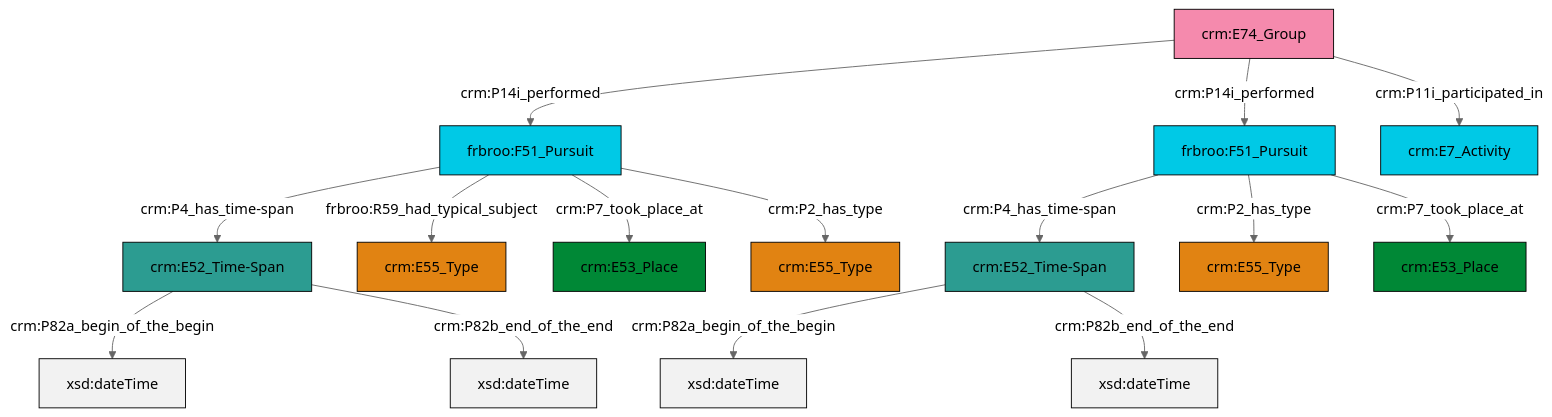
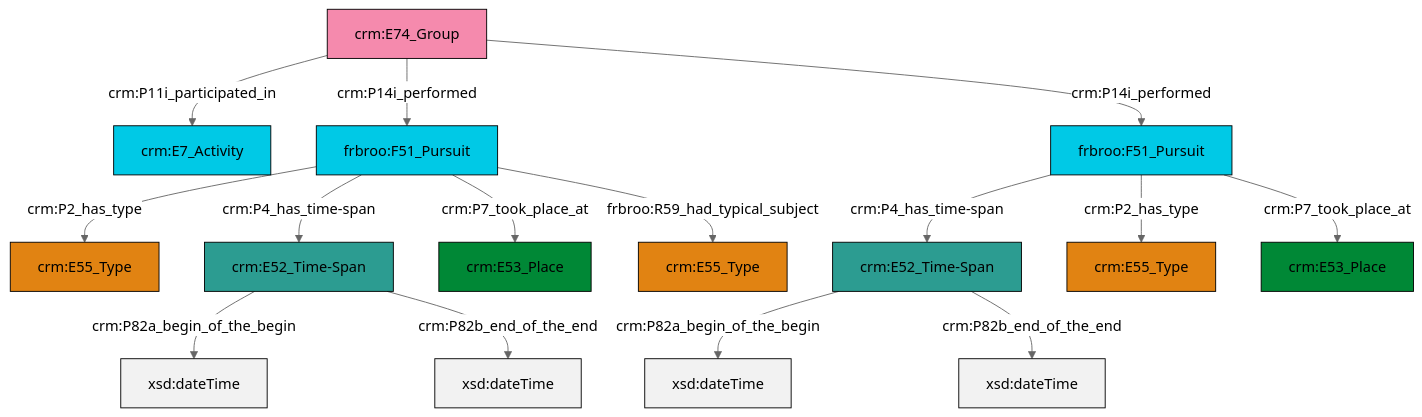
The diagram in et/groupCSV/ttl/mmd/group_events.ttl.mmd (swiss-art-research-net/docs.swissartresearch), drawn with Mermaid (neutral theme) before and after one commit. The commit also changed 177 other files, not shown here.

```diff
--- a/et/groupCSV/ttl/mmd/group_events.ttl.mmd
+++ b/et/groupCSV/ttl/mmd/group_events.ttl.mmd
@@ -1,29 +1,29 @@
 graph TD
 classDef Literal fill:#f2f2f2,stroke:#000000;
 classDef CRM_Entity fill:#FFFFFF,stroke:#000000;
 classDef Temporal_Entity fill:#00C9E6, stroke:#000000;
 classDef Type fill:#E18312, stroke:#000000;
 classDef Time-Span fill:#2C9C91, stroke:#000000;
 classDef Appellation fill:#FFEB7F, stroke:#000000;
 classDef Place fill:#008836, stroke:#000000;
 classDef Persistent_Item fill:#B266B2, stroke:#000000;
 classDef Conceptual_Object fill:#FFD700, stroke:#000000;
 classDef Physical_Thing fill:#D2B48C, stroke:#000000;
 classDef Actor fill:#f58aad, stroke:#000000;
 classDef PC_Classes fill:#4ce600, stroke:#000000;
 classDef Multi fill:#cccccc,stroke:#000000;
 
 0["crm:E52_Time-Span"]:::Time-Span -->|crm:P82a_begin_of_the_begin| 1[xsd:dateTime]:::Literal
-2["frbroo:F51_Pursuit"]:::Temporal_Entity -->|crm:P4_has_time-span| 3["crm:E52_Time-Span"]:::Time-Span
-7["frbroo:F51_Pursuit"]:::Temporal_Entity -->|crm:P4_has_time-span| 0["crm:E52_Time-Span"]:::Time-Span
-0["crm:E52_Time-Span"]:::Time-Span -->|crm:P82b_end_of_the_end| 9[xsd:dateTime]:::Literal
-7["frbroo:F51_Pursuit"]:::Temporal_Entity -->|crm:P2_has_type| 10["crm:E55_Type"]:::Type
-11["crm:E74_Group"]:::Actor -->|crm:P14i_performed| 2["frbroo:F51_Pursuit"]:::Temporal_Entity
-11["crm:E74_Group"]:::Actor -->|crm:P14i_performed| 7["frbroo:F51_Pursuit"]:::Temporal_Entity
-2["frbroo:F51_Pursuit"]:::Temporal_Entity -->|frbroo:R59_had_typical_subject| 12["crm:E55_Type"]:::Type
-7["frbroo:F51_Pursuit"]:::Temporal_Entity -->|crm:P7_took_place_at| 13["crm:E53_Place"]:::Place
-2["frbroo:F51_Pursuit"]:::Temporal_Entity -->|crm:P7_took_place_at| 4["crm:E53_Place"]:::Place
-2["frbroo:F51_Pursuit"]:::Temporal_Entity -->|crm:P2_has_type| 15["crm:E55_Type"]:::Type
-11["crm:E74_Group"]:::Actor -->|crm:P11i_participated_in| 19["crm:E7_Activity"]:::Temporal_Entity
-3["crm:E52_Time-Span"]:::Time-Span -->|crm:P82a_begin_of_the_begin| 24[xsd:dateTime]:::Literal
-3["crm:E52_Time-Span"]:::Time-Span -->|crm:P82b_end_of_the_end| 27[xsd:dateTime]:::Literal
+4["frbroo:F51_Pursuit"]:::Temporal_Entity -->|crm:P4_has_time-span| 5["crm:E52_Time-Span"]:::Time-Span
+5["crm:E52_Time-Span"]:::Time-Span -->|crm:P82a_begin_of_the_begin| 6[xsd:dateTime]:::Literal
+2["frbroo:F51_Pursuit"]:::Temporal_Entity -->|crm:P2_has_type| 7["crm:E55_Type"]:::Type
+2["frbroo:F51_Pursuit"]:::Temporal_Entity -->|crm:P4_has_time-span| 0["crm:E52_Time-Span"]:::Time-Span
+13["crm:E74_Group"]:::Actor -->|crm:P11i_participated_in| 8["crm:E7_Activity"]:::Temporal_Entity
+5["crm:E52_Time-Span"]:::Time-Span -->|crm:P82b_end_of_the_end| 18[xsd:dateTime]:::Literal
+2["frbroo:F51_Pursuit"]:::Temporal_Entity -->|crm:P7_took_place_at| 19["crm:E53_Place"]:::Place
+4["frbroo:F51_Pursuit"]:::Temporal_Entity -->|crm:P2_has_type| 16["crm:E55_Type"]:::Type
+0["crm:E52_Time-Span"]:::Time-Span -->|crm:P82b_end_of_the_end| 22[xsd:dateTime]:::Literal
+13["crm:E74_Group"]:::Actor -->|crm:P14i_performed| 2["frbroo:F51_Pursuit"]:::Temporal_Entity
+4["frbroo:F51_Pursuit"]:::Temporal_Entity -->|crm:P7_took_place_at| 24["crm:E53_Place"]:::Place
+2["frbroo:F51_Pursuit"]:::Temporal_Entity -->|frbroo:R59_had_typical_subject| 10["crm:E55_Type"]:::Type
+13["crm:E74_Group"]:::Actor -->|crm:P14i_performed| 4["frbroo:F51_Pursuit"]:::Temporal_Entity
```
